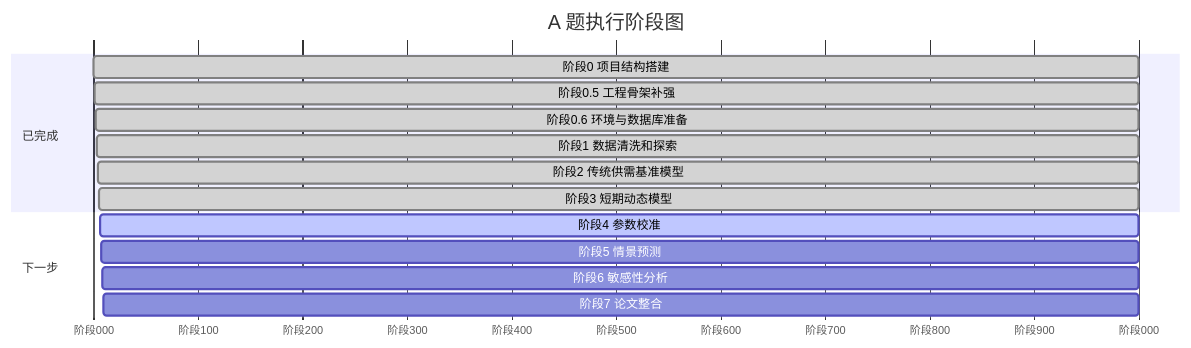
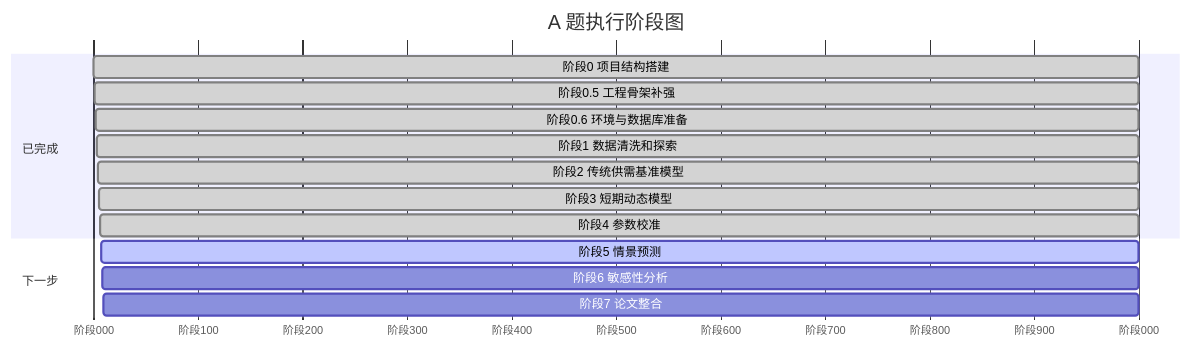
The diagram in docs/03_执行计划.md (Timcai06/-A-), drawn with Mermaid before and after one commit. The commit also changed other lines of this file and 17 other files, not shown here.

````diff
--- a/docs/03_执行计划.md
+++ b/docs/03_执行计划.md
@@ -7,18 +7,18 @@
 ```mermaid
 gantt
     title A 题执行阶段图
     dateFormat  X
     axisFormat  阶段%L
     section 已完成
     阶段0 项目结构搭建           :done, 0, 1
     阶段0.5 工程骨架补强         :done, 1, 1
     阶段0.6 环境与数据库准备     :done, 2, 1
     阶段1 数据清洗和探索         :done, 3, 1
     阶段2 传统供需基准模型       :done, 4, 1
     阶段3 短期动态模型           :done, 5, 1
+    阶段4 参数校准               :done, 6, 1
     section 下一步
-    阶段4 参数校准               :active, 6, 1
-    阶段5 情景预测               :7, 1
+    阶段5 情景预测               :active, 7, 1
     阶段6 敏感性分析             :8, 1
     阶段7 论文整合               :9, 1
 ```
````
